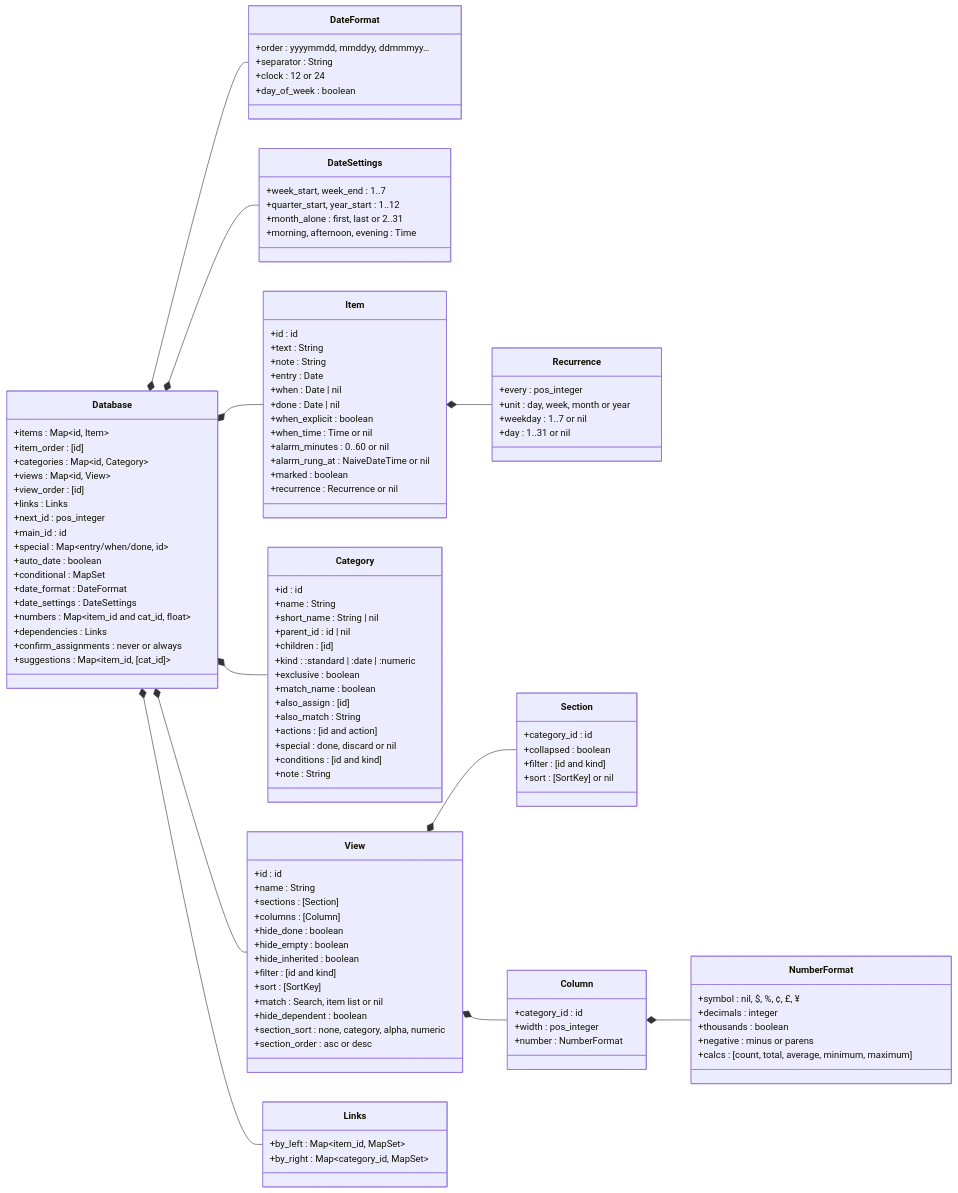
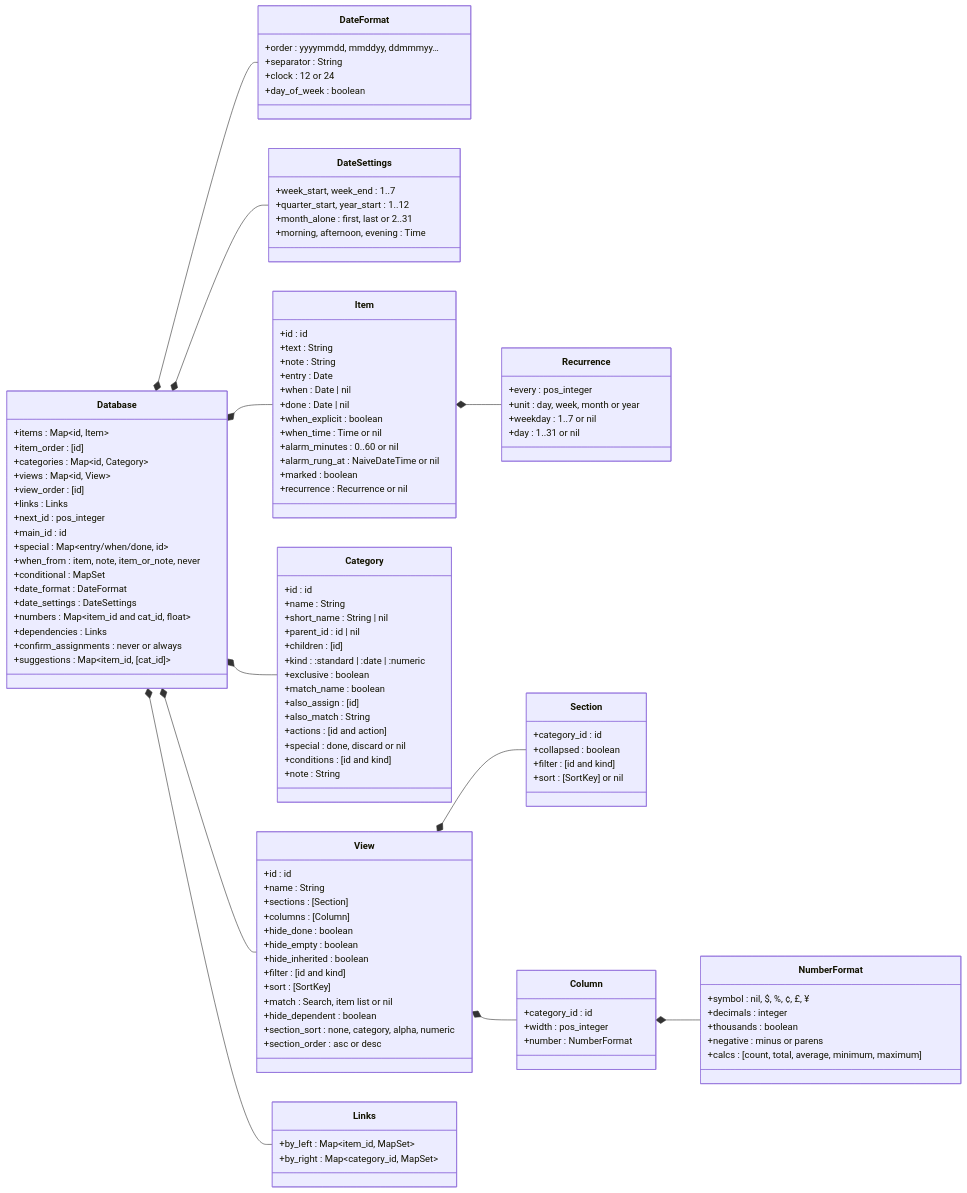
Before and after one commit to jamting/agendum: the second of 6 diagrams in docs/DATA_MODEL.md, drawn with Mermaid. The commit also changed other lines of this file and 20 other files, not shown here.

```diff
--- a/docs/DATA_MODEL.md
+++ b/docs/DATA_MODEL.md
@@ -117,7 +117,7 @@
         +next_id : pos_integer
         +main_id : id
         +special : Map~entry/when/done, id~
-        +auto_date : boolean
+        +when_from : item, note, item_or_note, never
         +conditional : MapSet
         +date_format : DateFormat
         +date_settings : DateSettings
```
